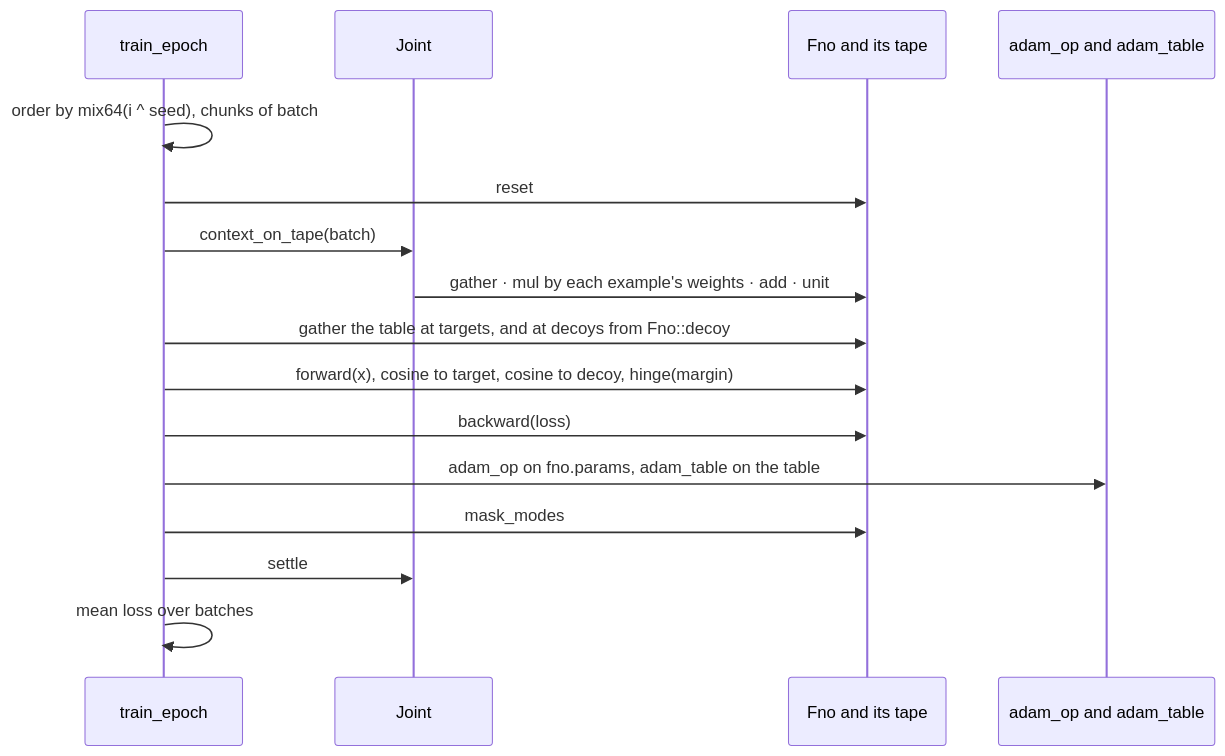
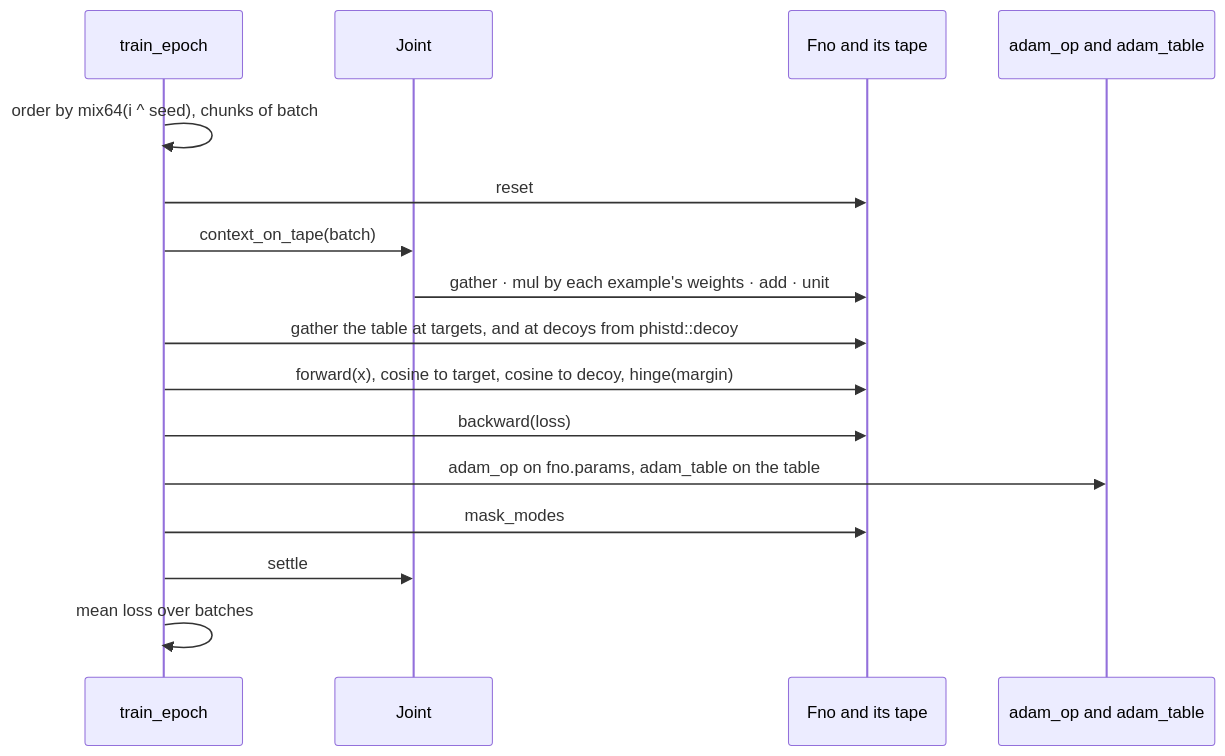
The fourth of 7 diagrams in docs/phical/joint.md (gemphi/phinet), drawn with Mermaid before and after one commit. The commit also changed 105 other files, not shown here.

````diff
--- a/docs/phical/joint.md
+++ b/docs/phical/joint.md
@@ -40,18 +40,18 @@
 ```mermaid
 sequenceDiagram
     participant E as train_epoch
     participant J as Joint
     participant F as Fno and its tape
     participant A as adam_op and adam_table
     E->>E: order by mix64(i ^ seed), chunks of batch
     E->>F: reset
     E->>J: context_on_tape(batch)
     J->>F: gather · mul by each example's weights · add · unit
-    E->>F: gather the table at targets, and at decoys from Fno::decoy
+    E->>F: gather the table at targets, and at decoys from phistd::decoy
     E->>F: forward(x), cosine to target, cosine to decoy, hinge(margin)
     E->>F: backward(loss)
     E->>A: adam_op on fno.params, adam_table on the table
     E->>F: mask_modes
     E->>J: settle
     E->>E: mean loss over batches
 ```
````
